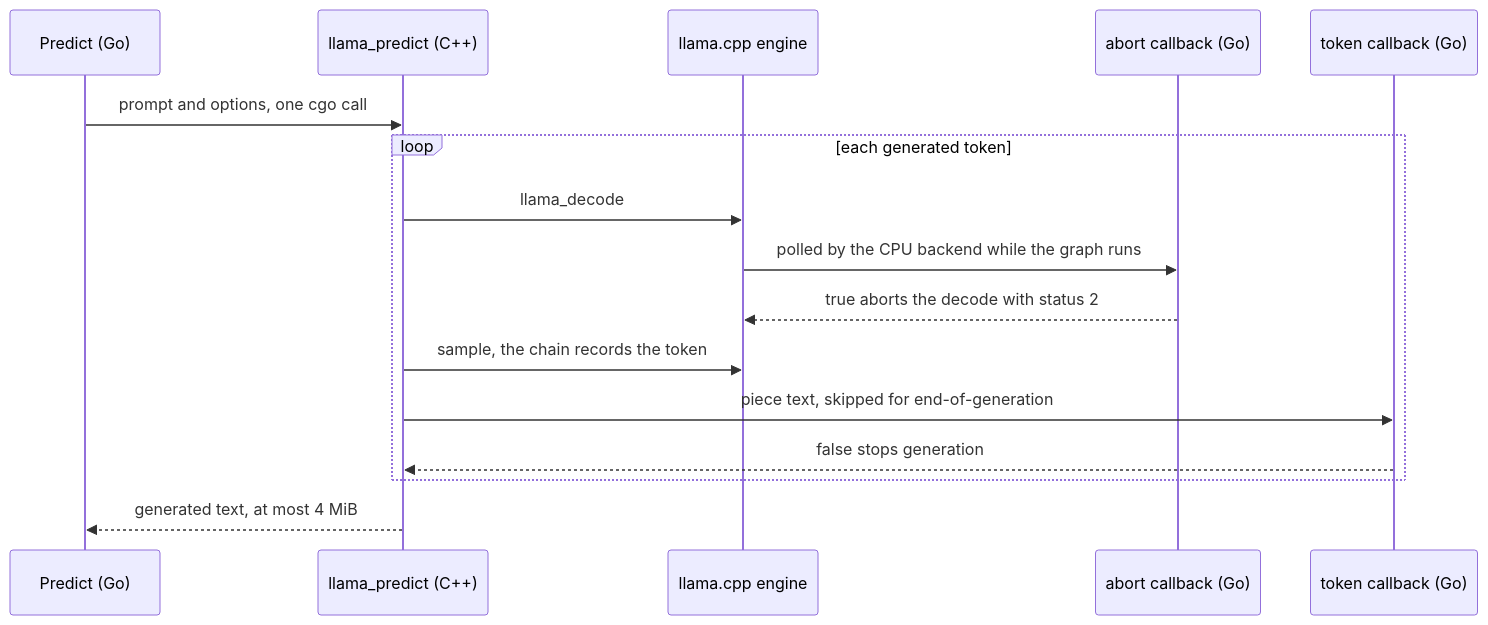
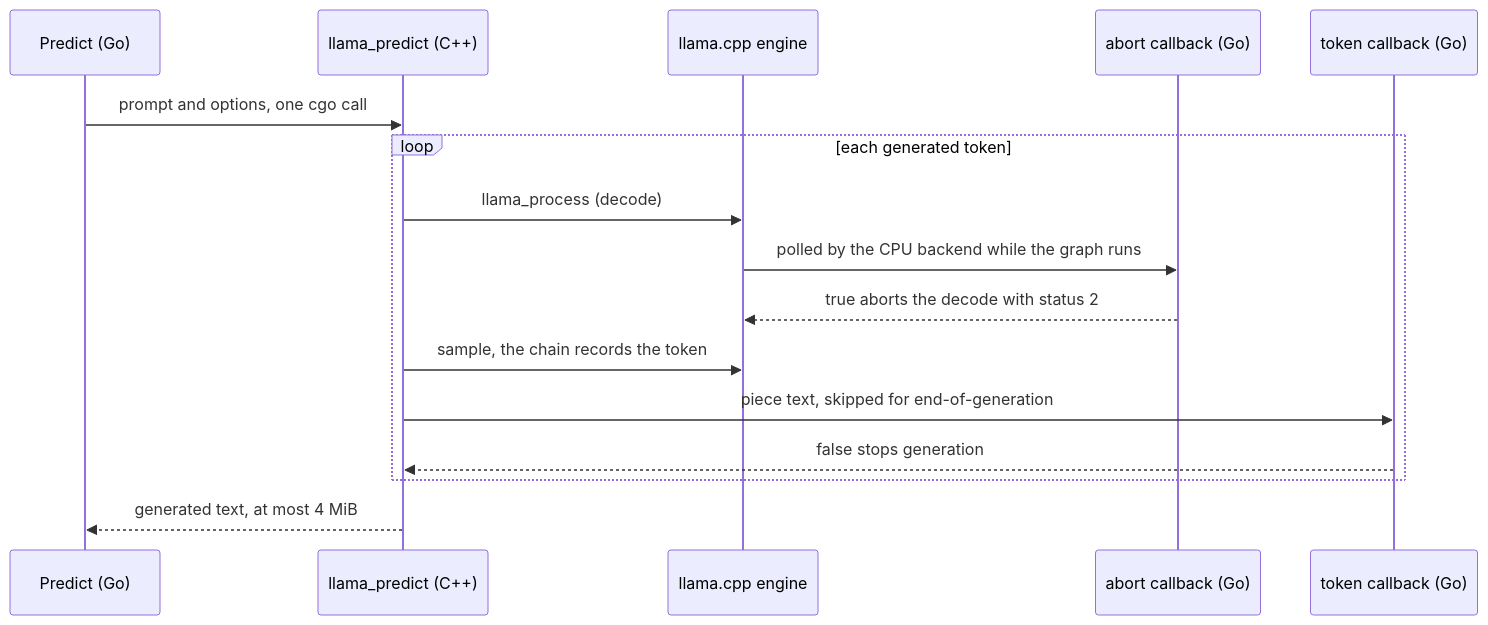
Before and after one commit to AshkanYarmoradi/go-llama.cpp: the fifth of 6 diagrams in docs/how-it-works.md, drawn with Mermaid. The commit also changed 15 other files, not shown here.

````diff
--- a/docs/how-it-works.md
+++ b/docs/how-it-works.md
@@ -465,18 +465,18 @@
 ```mermaid
 sequenceDiagram
     participant P as Predict (Go)
     participant C as llama_predict (C++)
     participant E as llama.cpp engine
     participant A as abort callback (Go)
     participant T as token callback (Go)
     P->>C: prompt and options, one cgo call
     loop each generated token
-        C->>E: llama_decode
+        C->>E: llama_process (decode)
         E->>A: polled by the CPU backend while the graph runs
         A-->>E: true aborts the decode with status 2
         C->>E: sample, the chain records the token
         C->>T: piece text, skipped for end-of-generation
         T-->>C: false stops generation
     end
     C-->>P: generated text, at most 4 MiB
 ```
````
